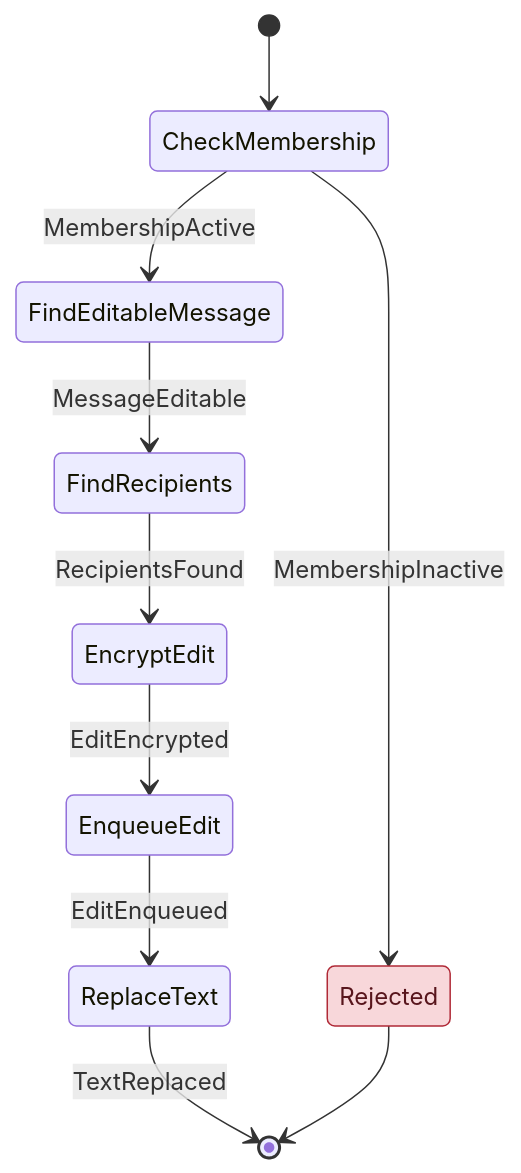
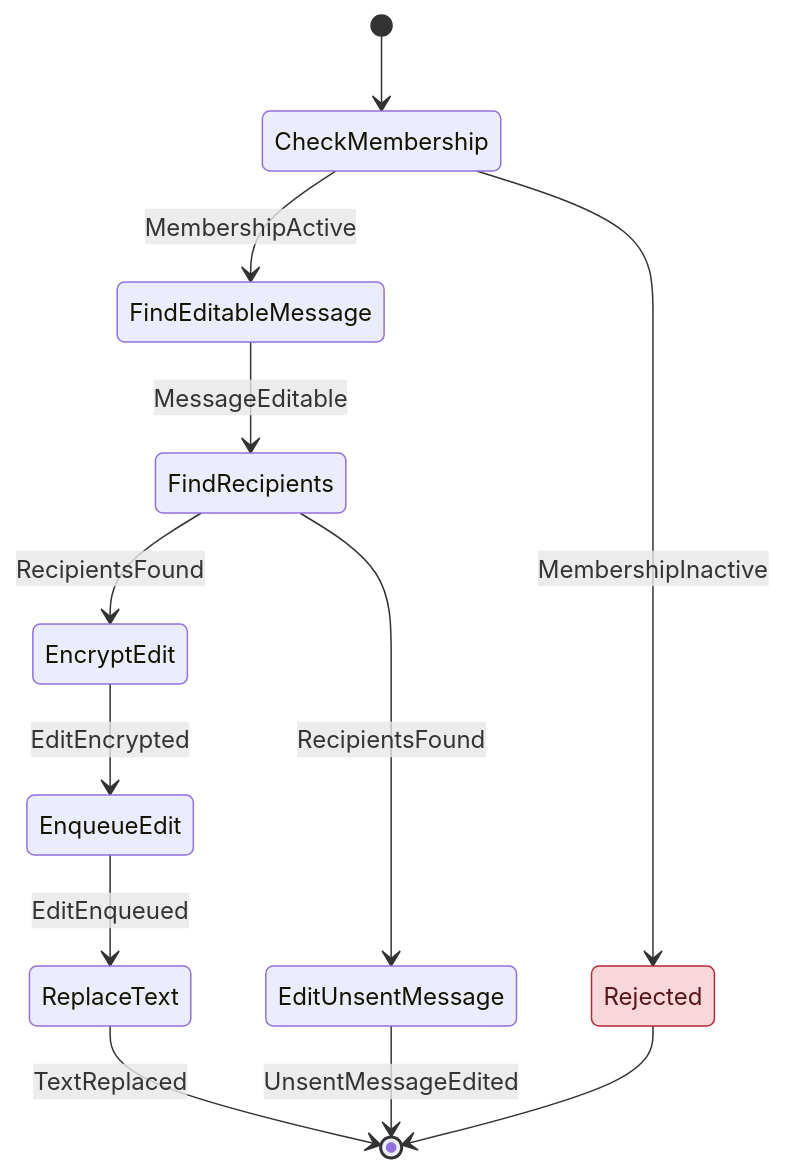
Before and after one commit to cbgm/Sparrow: diagram 19 of 27 in docs/architecture/workflows/message.md, drawn with Mermaid. The commit also changed other lines of this file and 193 other files, not shown here.

````diff
--- a/docs/architecture/workflows/message.md
+++ b/docs/architecture/workflows/message.md
@@ -421,14 +563,16 @@
 ```mermaid
 stateDiagram-v2
     [*] --> CheckMembership
     CheckMembership --> FindEditableMessage : MembershipActive
     CheckMembership --> Rejected : MembershipInactive
     FindEditableMessage --> FindRecipients : MessageEditable
+    FindRecipients --> EditUnsentMessage : RecipientsFound
     FindRecipients --> EncryptEdit : RecipientsFound
     EncryptEdit --> EnqueueEdit : EditEncrypted
     EnqueueEdit --> ReplaceText : EditEnqueued
     ReplaceText --> [*] : TextReplaced
+    EditUnsentMessage --> [*] : UnsentMessageEdited
     Rejected --> [*]
     classDef reject fill:#f8d7da,stroke:#b02a37,color:#58151c
     class Rejected reject
 ```
````
